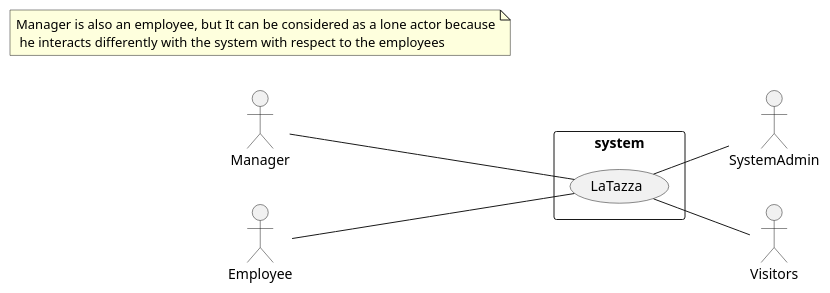
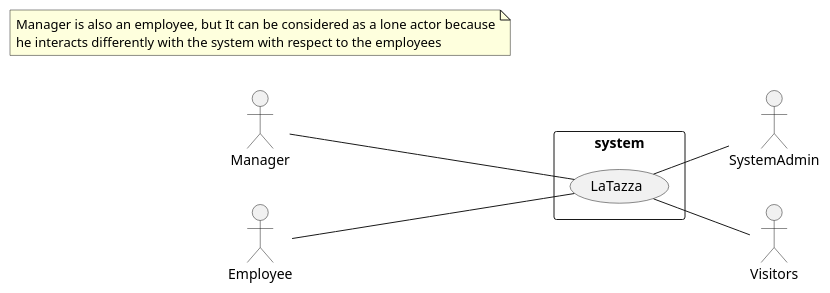
Before and after one commit to salvatore-dimartino/LaTazza: the diagram in project/Context_Diagram_and_Interfaces.md, drawn with PlantUML.

````diff
--- a/project/Context_Diagram_and_Interfaces.md
+++ b/project/Context_Diagram_and_Interfaces.md
@@ -5,25 +5,25 @@
 ```plantuml
 @startuml
 
 left to right direction
 
 skinparam packageStyle rectangle
 
 actor Manager as m
 actor Employee as e
 actor SystemAdmin as sa
 actor Visitors as v
 
 rectangle system {
 	(LaTazza) as l
 }
 
 m -- l
 e -- l
 l -- sa
 l -- v 
 
-note "Manager is also an employee, but It can be considered as a lone actor because\n he interacts differently with the system with respect to the employees" as n
+note "Manager is also an employee, but It can be considered as a lone actor because\nhe interacts differently with the system with respect to the employees" as n
 
 @enduml
 ```
````
